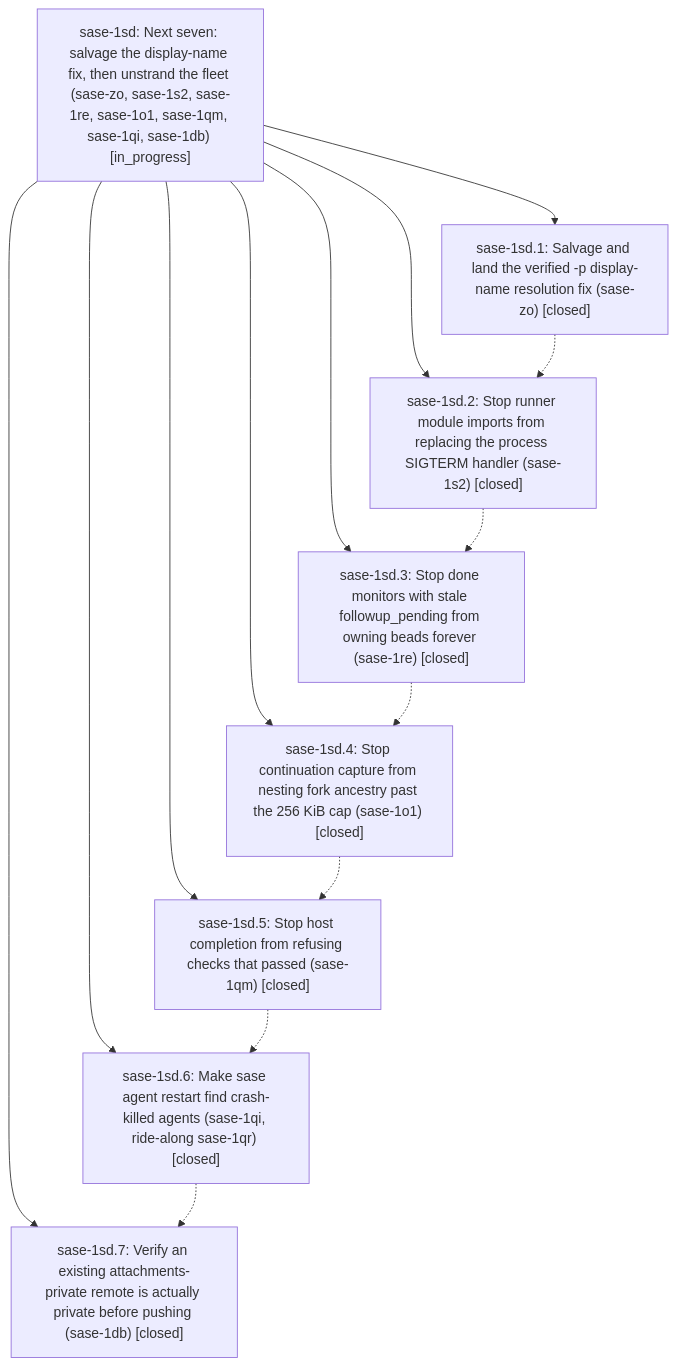
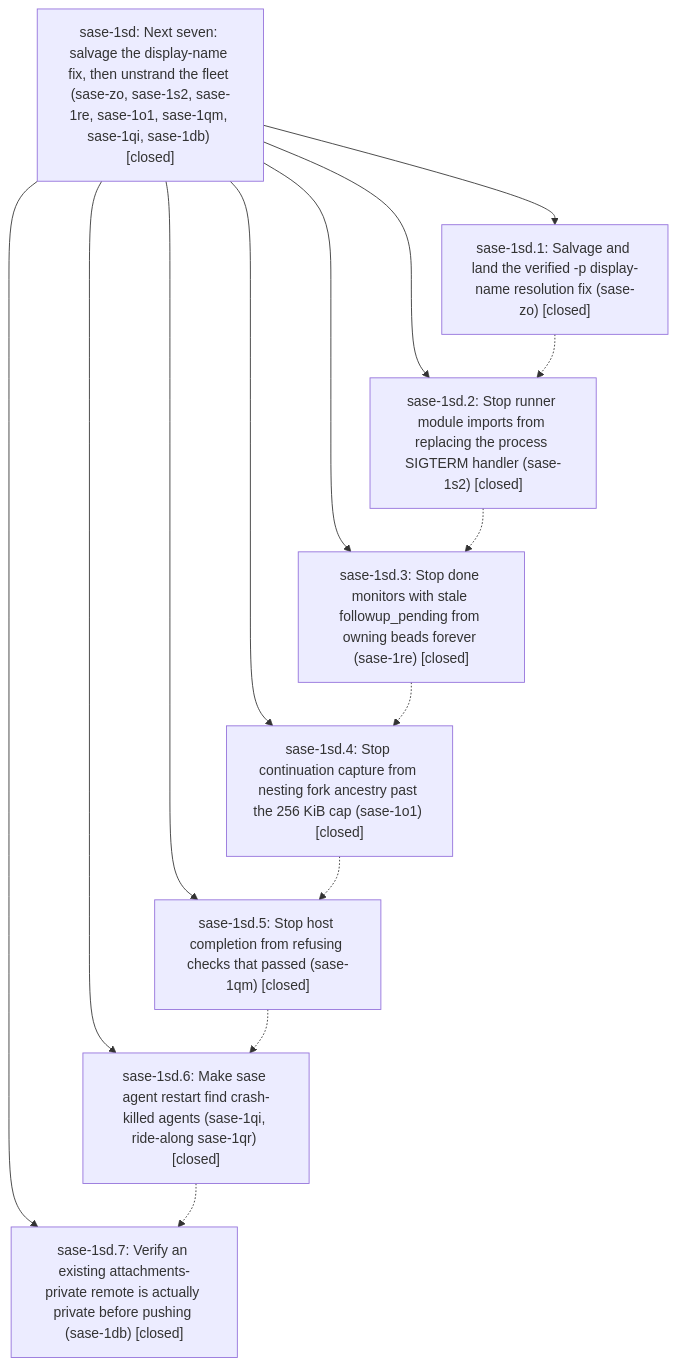
One commit to sase-org/sase--beads changed the diagram in pages/sase-1sd/README.md. Above: the diagram before and after it, drawn with Mermaid. The commit also changed other lines of this file and 1 other file, not shown here.

First line of the commit message:
chore(beads): sync bead state and pages for sase-1sd

````diff
--- a/pages/sase-1sd/README.md
+++ b/pages/sase-1sd/README.md
@@ -42,24 +76,24 @@
 ```mermaid
 flowchart TD
-    n0["sase-1sd: Next seven: salvage the display-name fix, then unstrand the fleet (sase-zo, sase-1s2, sase-1re, sase-1o1, sase-1qm, sase-1qi, sase-1db) [in_progress]"]
+    n0["sase-1sd: Next seven: salvage the display-name fix, then unstrand the fleet (sase-zo, sase-1s2, sase-1re, sase-1o1, sase-1qm, sase-1qi, sase-1db) [closed]"]
     n1["sase-1sd.1: Salvage and land the verified -p display-name resolution fix (sase-zo) [closed]"]
     n2["sase-1sd.2: Stop runner module imports from replacing the process SIGTERM handler (sase-1s2) [closed]"]
     n3["sase-1sd.3: Stop done monitors with stale followup_pending from owning beads forever (sase-1re) [closed]"]
     n4["sase-1sd.4: Stop continuation capture from nesting fork ancestry past the 256 KiB cap (sase-1o1) [closed]"]
     n5["sase-1sd.5: Stop host completion from refusing checks that passed (sase-1qm) [closed]"]
     n6["sase-1sd.6: Make sase agent restart find crash-killed agents (sase-1qi, ride-along sase-1qr) [closed]"]
     n7["sase-1sd.7: Verify an existing attachments-private remote is actually private before pushing (sase-1db) [closed]"]
     n0 --> n1
     n0 --> n2
     n0 --> n3
     n0 --> n4
     n0 --> n5
     n0 --> n6
     n0 --> n7
     n1 -.-> n2
     n2 -.-> n3
     n3 -.-> n4
     n4 -.-> n5
     n5 -.-> n6
     n6 -.-> n7
 ```
````
